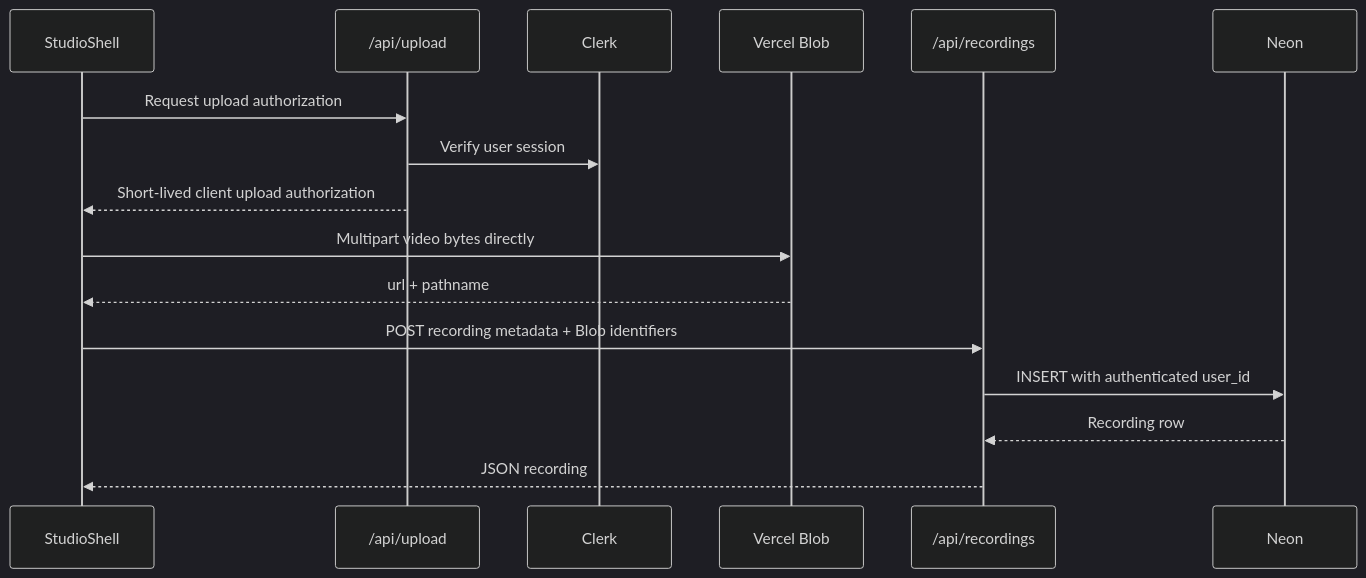
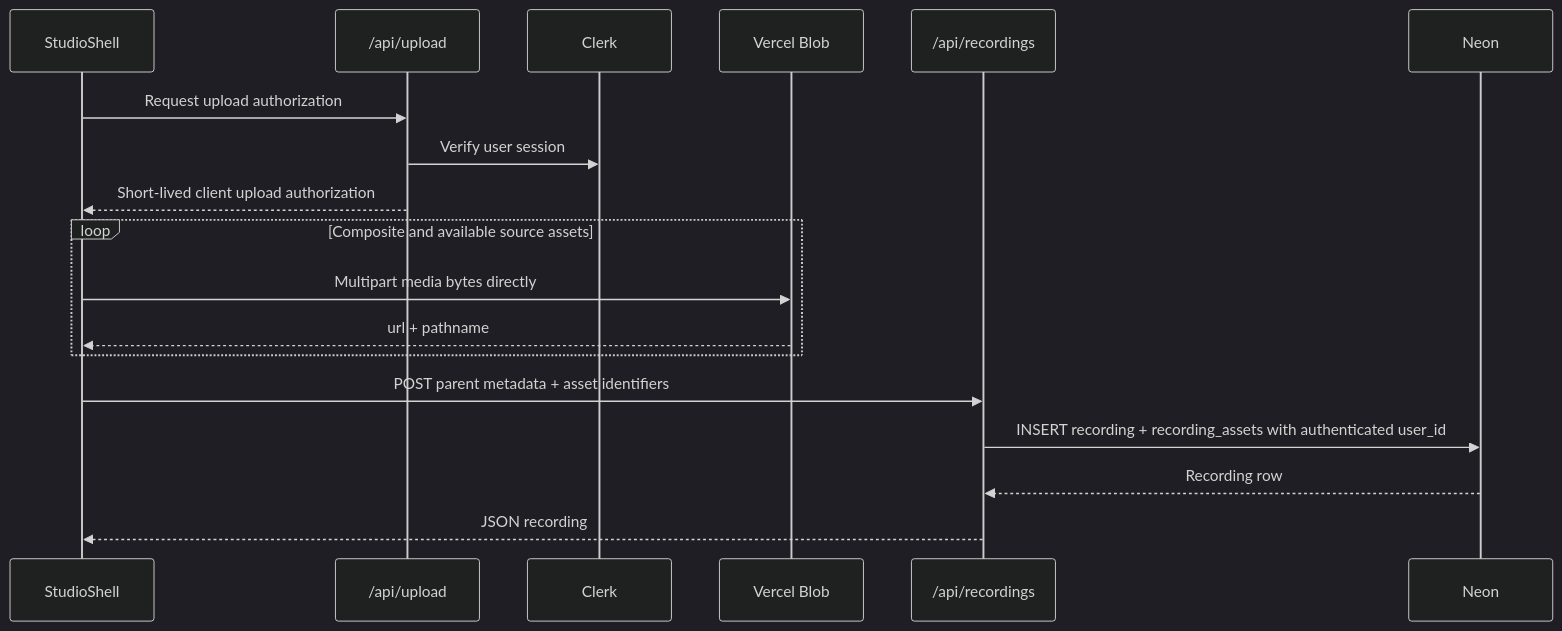
One commit to caoquanghung/recordweb changed the fourth of 4 diagrams in docs/system_architecture.md. Above: the diagram before and after it, drawn with Mermaid (dark theme). The commit also changed other lines of this file and 17 other files, not shown here.

````diff
--- a/docs/system_architecture.md
+++ b/docs/system_architecture.md
@@ -348,19 +377,21 @@
 ```mermaid
 sequenceDiagram
     participant UI as StudioShell
     participant Upload as /api/upload
     participant Clerk
     participant Blob as Vercel Blob
     participant Metadata as /api/recordings
     participant Neon
 
     UI->>Upload: Request upload authorization
     Upload->>Clerk: Verify user session
     Upload-->>UI: Short-lived client upload authorization
-    UI->>Blob: Multipart video bytes directly
-    Blob-->>UI: url + pathname
-    UI->>Metadata: POST recording metadata + Blob identifiers
-    Metadata->>Neon: INSERT with authenticated user_id
+    loop Composite and available source assets
+        UI->>Blob: Multipart media bytes directly
+        Blob-->>UI: url + pathname
+    end
+    UI->>Metadata: POST parent metadata + asset identifiers
+    Metadata->>Neon: INSERT recording + recording_assets with authenticated user_id
     Neon-->>Metadata: Recording row
     Metadata-->>UI: JSON recording
 ```
````
